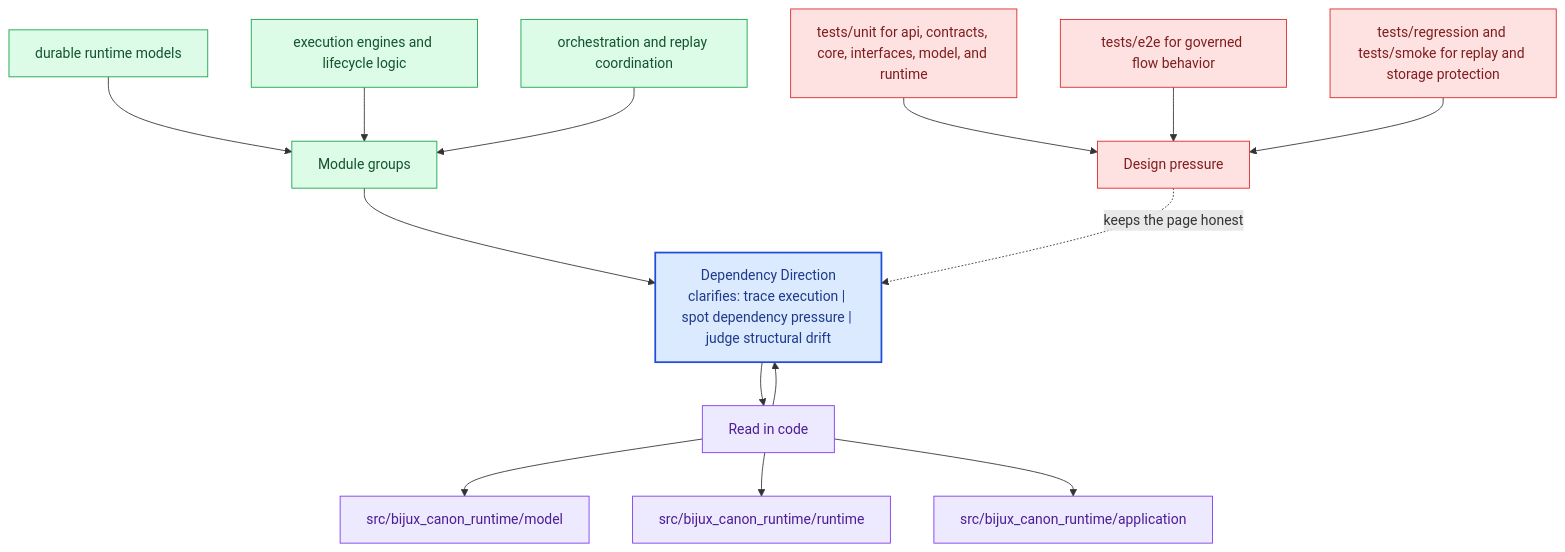
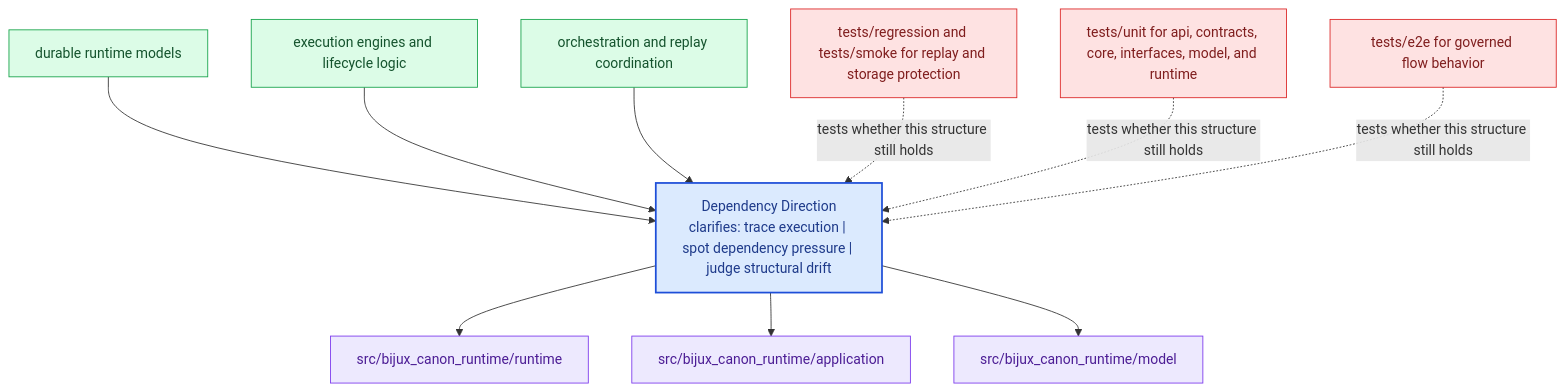
The diagram in docs/bijux-canon-runtime/architecture/dependency-direction.md (bijux/bijux-canon), drawn with Mermaid before and after one commit. The commit also changed other lines of this file and 281 other files, not shown here.

Commit message:
docs(diagrams): replace repeated mermaid scaffolds with page-specific summaries

````diff
--- a/docs/bijux-canon-runtime/architecture/dependency-direction.md
+++ b/docs/bijux-canon-runtime/architecture/dependency-direction.md
@@ -68,40 +23,31 @@
 ```mermaid
 flowchart TB
-    promise["Dependency Direction<br/>clarifies: trace execution | spot dependency pressure | judge structural drift"]
-    classDef promise fill:#dbeafe,stroke:#1d4ed8,color:#1e3a8a,stroke-width:2px;
-    classDef driver fill:#dcfce7,stroke:#16a34a,color:#14532d;
-    classDef constraint fill:#fee2e2,stroke:#dc2626,color:#7f1d1d;
-    classDef ground fill:#ede9fe,stroke:#7c3aed,color:#4c1d95;
-    focus1["Module groups"]
-    focus1 --> promise
-    focus1_1["durable runtime models"]
-    focus1_1 --> focus1
-    focus1_2["execution engines and lifecycle logic"]
-    focus1_2 --> focus1
-    focus1_3["orchestration and replay coordination"]
-    focus1_3 --> focus1
-    class focus1 driver;
-    class focus1_1,focus1_2,focus1_3 driver;
-    focus2["Read in code"]
-    focus2 --> promise
-    promise --> focus2
-    focus2_1["src/bijux_canon_runtime/model"]
-    focus2 --> focus2_1
-    focus2_2["src/bijux_canon_runtime/runtime"]
-    focus2 --> focus2_2
-    focus2_3["src/bijux_canon_runtime/application"]
-    focus2 --> focus2_3
-    class focus2 ground;
-    class focus2_1,focus2_2,focus2_3 ground;
-    focus3["Design pressure"]
-    focus3 -.keeps the page honest.-> promise
-    focus3_1["tests/unit for api, contracts, core, interfaces, model, and runtime"]
-    focus3_1 --> focus3
-    focus3_2["tests/e2e for governed flow behavior"]
-    focus3_2 --> focus3
-    focus3_3["tests/regression and tests/smoke for replay and storage protection"]
-    focus3_3 --> focus3
-    class focus3 constraint;
-    class focus3_1,focus3_2,focus3_3 constraint;
-    class promise promise;
+    page["Dependency Direction<br/>clarifies: trace execution | spot dependency pressure | judge structural drift"]
+    classDef page fill:#dbeafe,stroke:#1d4ed8,color:#1e3a8a,stroke-width:2px;
+    classDef positive fill:#dcfce7,stroke:#16a34a,color:#14532d;
+    classDef caution fill:#fee2e2,stroke:#dc2626,color:#7f1d1d;
+    classDef anchor fill:#ede9fe,stroke:#7c3aed,color:#4c1d95;
+    classDef action fill:#fef3c7,stroke:#d97706,color:#7c2d12;
+    module1["durable runtime models"]
+    module1 --> page
+    module2["execution engines and lifecycle logic"]
+    module2 --> page
+    module3["orchestration and replay coordination"]
+    module3 --> page
+    code1["src/bijux_canon_runtime/runtime"]
+    page --> code1
+    code2["src/bijux_canon_runtime/application"]
+    page --> code2
+    code3["src/bijux_canon_runtime/model"]
+    page --> code3
+    pressure1["tests/regression and tests/smoke for replay and storage protection"]
+    pressure1 -.tests whether this structure still holds.-> page
+    pressure2["tests/unit for api, contracts, core, interfaces, model, and runtime"]
+    pressure2 -.tests whether this structure still holds.-> page
+    pressure3["tests/e2e for governed flow behavior"]
+    pressure3 -.tests whether this structure still holds.-> page
+    class page page;
+    class module1,module2,module3 positive;
+    class code1,code2,code3 anchor;
+    class pressure1,pressure2,pressure3 caution;
 ```
````
